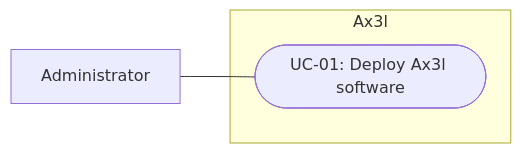
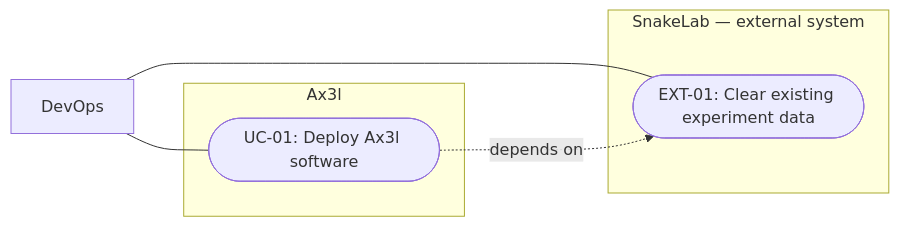
One commit to NadimGhaznavi/ax3l changed the diagram in docs/use-case/index.md. Above: the diagram before and after it, drawn with Mermaid. The commit also changed other lines of this file and 5 other files, not shown here.

````diff
--- a/docs/use-case/index.md
+++ b/docs/use-case/index.md
@@ -29,10 +38,16 @@
 ```mermaid
 flowchart LR
-    administrator["Administrator"]
+    devops["DevOps"]
 
     subgraph ax3l["Ax3l"]
         deploy(["UC-01: Deploy Ax3l software"])
     end
 
-    administrator --- deploy
+    subgraph snakelab["SnakeLab — external system"]
+        clear(["EXT-01: Clear existing experiment data"])
+    end
+
+    devops --- deploy
+    devops --- clear
+    deploy -.->|depends on| clear
 ```
````
